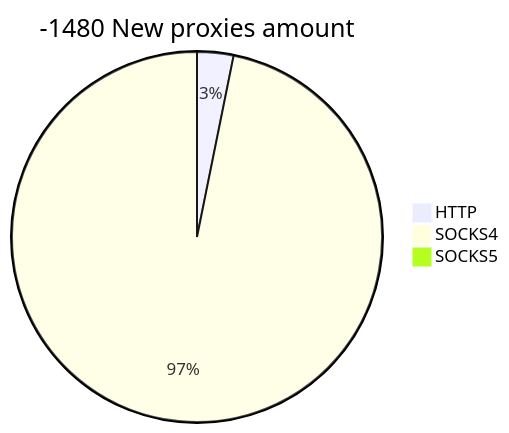
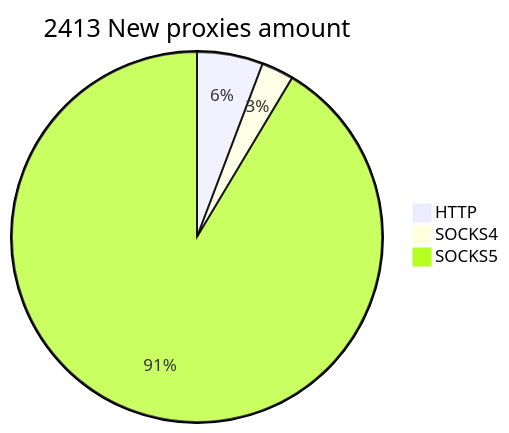
Before and after one commit to cutipu/proxylist: the second of 2 diagrams in README.md, drawn with Mermaid. The commit also changed other lines of this file, not shown here.

````diff
--- a/README.md
+++ b/README.md
@@ -10,6 +10,6 @@
 ```mermaid
-pie title -1480 New proxies amount
-    "HTTP" : 23
-    "SOCKS4" : 702
-    "SOCKS5" : 0
+pie title 2413 New proxies amount
+    "HTTP" : 139
+    "SOCKS4" : 68
+    "SOCKS5" : 2206
 ```
````
